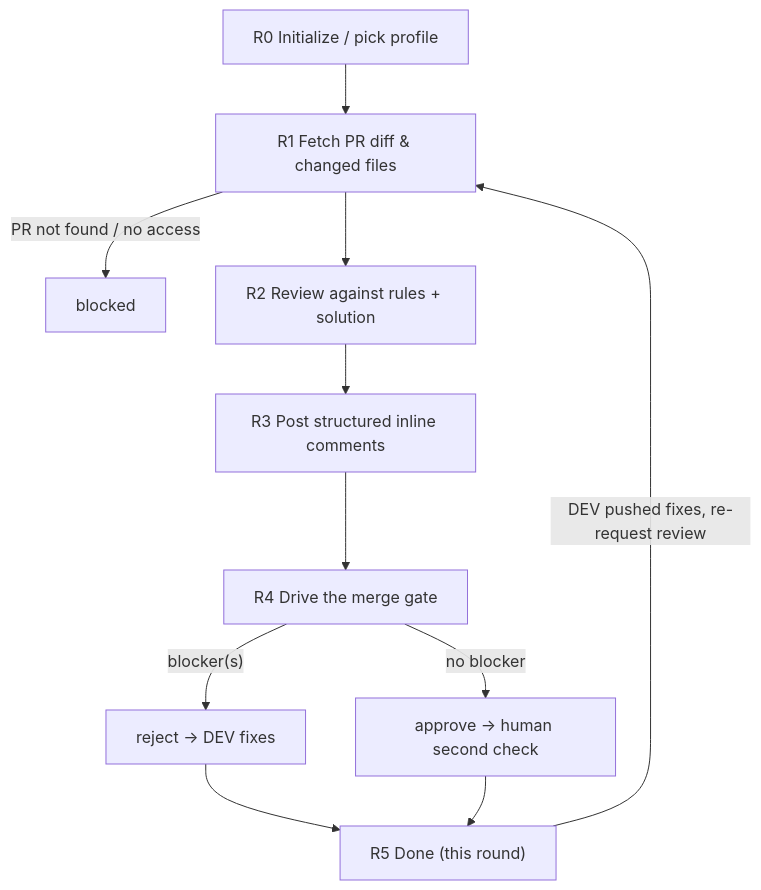
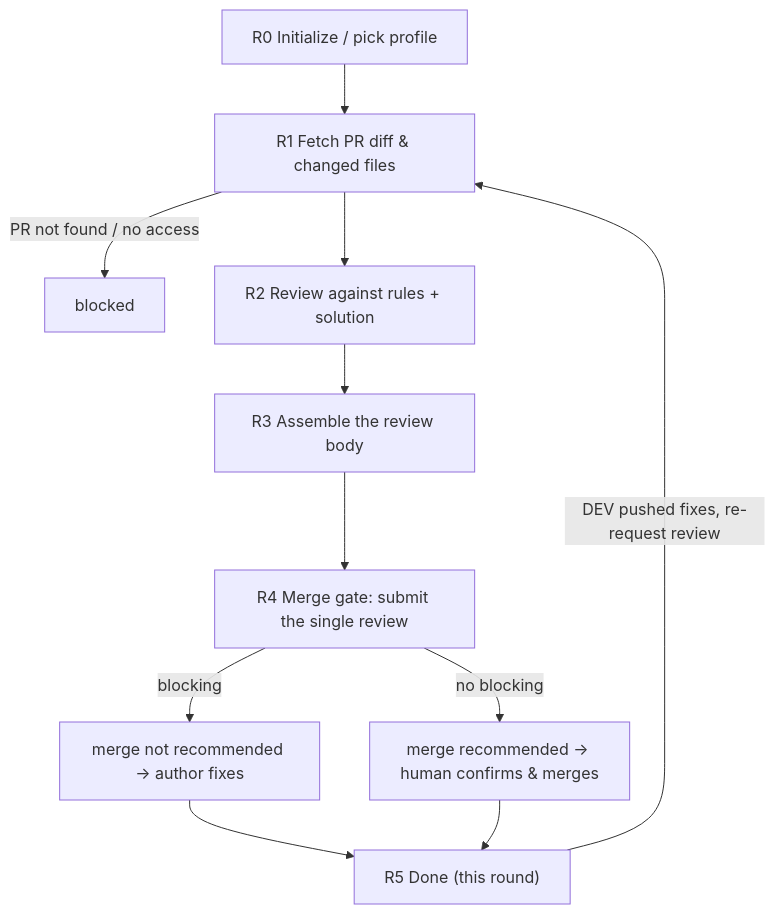
The diagram in .cursor/agents/code-review-agent.md (mjz-kevin/marriott), drawn with Mermaid before and after one commit. The commit also changed other lines of this file and 4 other files, not shown here.

````diff
--- a/.cursor/agents/code-review-agent.md
+++ b/.cursor/agents/code-review-agent.md
@@ -196,13 +198,13 @@
 ```mermaid
 flowchart TD
     R0["R0 Initialize / pick profile"] --> R1["R1 Fetch PR diff & changed files"]
     R1 -->|"PR not found / no access"| B["blocked"]
     R1 --> R2["R2 Review against rules + solution"]
-    R2 --> R3["R3 Post structured inline comments"]
-    R3 --> R4["R4 Drive the merge gate"]
-    R4 -->|"blocker(s)"| REJ["reject -> DEV fixes"]
-    R4 -->|"no blocker"| APP["approve -> human second check"]
+    R2 --> R3["R3 Assemble the review body"]
+    R3 --> R4["R4 Merge gate: submit the single review"]
+    R4 -->|"blocking"| REJ["merge not recommended -> author fixes"]
+    R4 -->|"no blocking"| APP["merge recommended -> human confirms & merges"]
     REJ --> D["R5 Done (this round)"]
     APP --> D
     D -->|"DEV pushed fixes, re-request review"| R1
 ```
````
